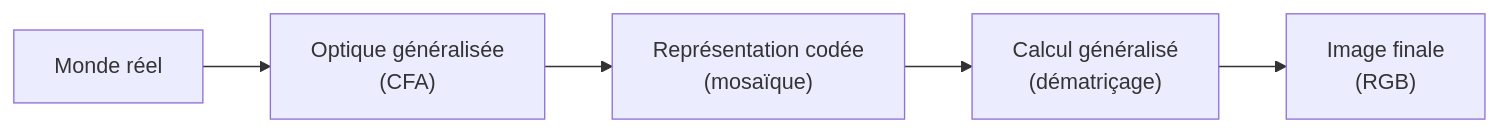
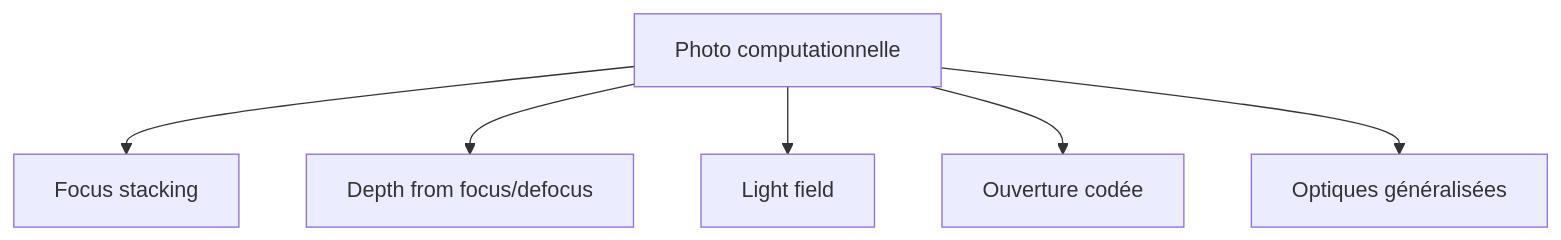
Before and after one commit to Arkanthara/computational_imaging: the diagram in website/fr/ch3c.qmd, drawn with Mermaid. The commit also changed other lines of this file and 11 other files, not shown here.

````diff
--- a/website/fr/ch3c.qmd
+++ b/website/fr/ch3c.qmd
@@ -57,7 +13,8 @@
 ```{mermaid}
-flowchart LR
-    A[Monde réel] --> B["Optique généralisée\n(CFA)"]
-    B --> C["Représentation codée\n(mosaïque)"]
-    C --> D["Calcul généralisé\n(dématriçage)"]
-    D --> E["Image finale\n(RGB)"]
+flowchart TD
+    A["Photo computationnelle"] --> B["Focus stacking"]
+    A --> C["Depth from focus/defocus"]
+    A --> D["Light field"]
+    A --> E["Ouverture codée"]
+    A --> F["Optiques généralisées"]
 ```
````
